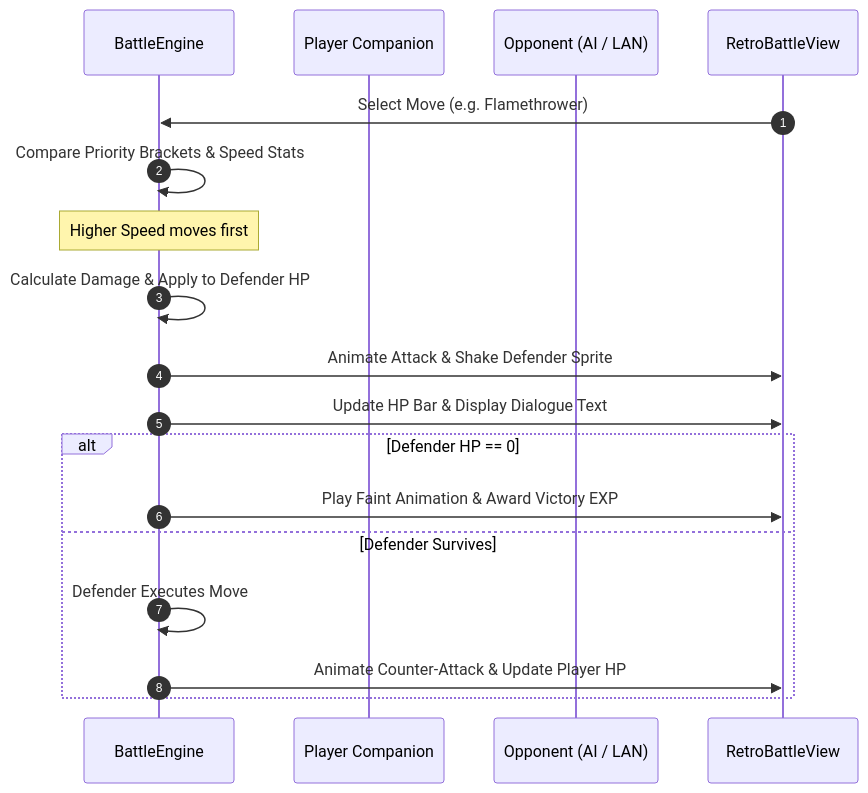
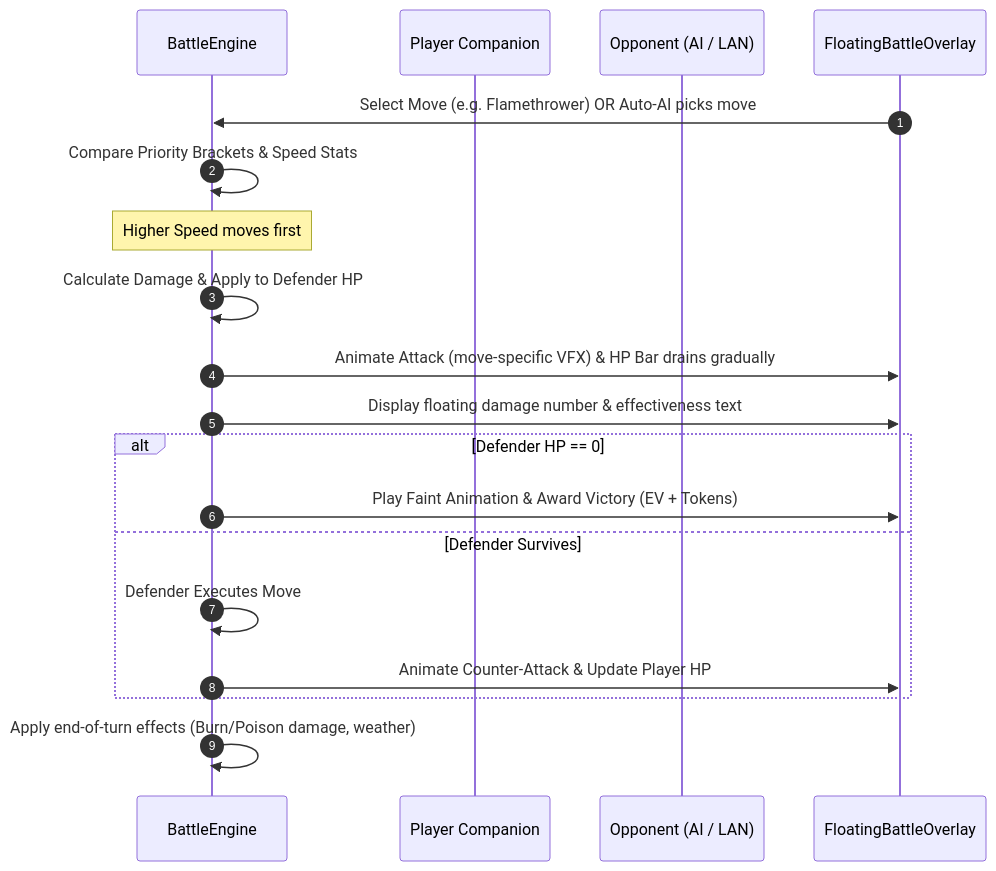
The fourth of 8 diagrams in docs/plans/far-future-battle-ev-iv-and-movesets-rfc.md (JustALearner101/WinTokenMon), drawn with Mermaid before and after one commit. The commit also changed other lines of this file and 38 other files, not shown here.

````diff
--- a/docs/plans/far-future-battle-ev-iv-and-movesets-rfc.md
+++ b/docs/plans/far-future-battle-ev-iv-and-movesets-rfc.md
@@ -135,21 +273,22 @@
 ```mermaid
 sequenceDiagram
     autonumber
     participant Engine as BattleEngine
     participant P1 as Player Companion
     participant P2 as Opponent (AI / LAN)
-    participant UI as RetroBattleView
+    participant UI as FloatingBattleOverlay
 
-    UI->>Engine: Select Move (e.g. Flamethrower)
+    UI->>Engine: Select Move (e.g. Flamethrower) OR Auto-AI picks move
     Engine->>Engine: Compare Priority Brackets & Speed Stats
     Note over Engine: Higher Speed moves first
     Engine->>Engine: Calculate Damage & Apply to Defender HP
-    Engine->>UI: Animate Attack & Shake Defender Sprite
-    Engine->>UI: Update HP Bar & Display Dialogue Text
+    Engine->>UI: Animate Attack (move-specific VFX) & HP Bar drains gradually
+    Engine->>UI: Display floating damage number & effectiveness text
     alt Defender HP == 0
-        Engine->>UI: Play Faint Animation & Award Victory EXP
+        Engine->>UI: Play Faint Animation & Award Victory (EV + Tokens)
     else Defender Survives
         Engine->>Engine: Defender Executes Move
         Engine->>UI: Animate Counter-Attack & Update Player HP
     end
+    Engine->>Engine: Apply end-of-turn effects (Burn/Poison damage, weather)
 ```
````
